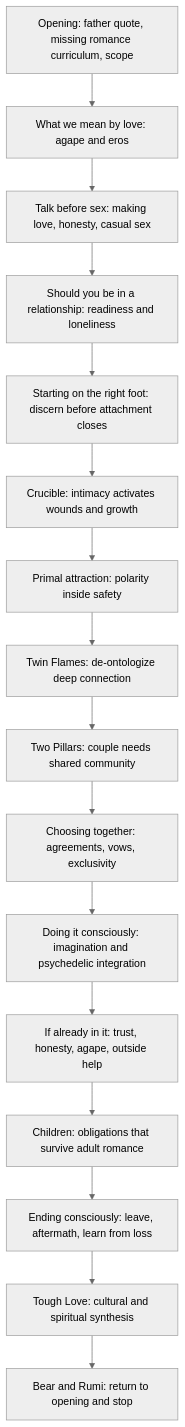
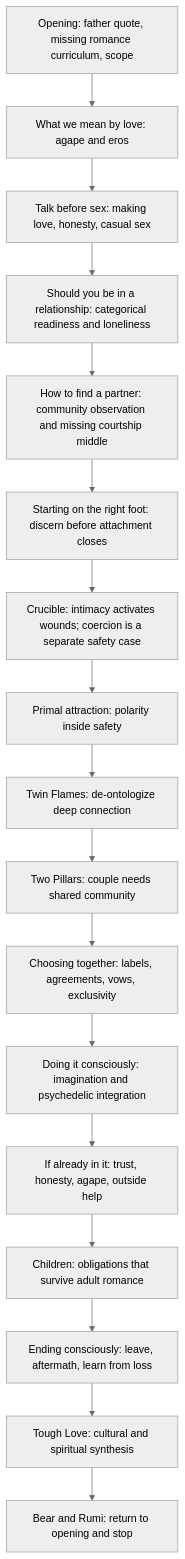
The first of 9 diagrams in work/romance-current-assembly/ARCHITECTURE.md (u-dont-existDOTcom/pangram-humanization-lab), drawn with Mermaid (neutral theme) before and after one commit. The commit also changed other lines of this file, not shown here.

Commit message:
architecture: synchronize Romance concept-flow map

````diff
--- a/work/romance-current-assembly/ARCHITECTURE.md
+++ b/work/romance-current-assembly/ARCHITECTURE.md
@@ -15,21 +16,22 @@
 ```mermaid
 flowchart TD
     opening["Opening: father quote, missing romance curriculum, scope"]
     love["What we mean by love: agape and eros"]
     talk["Talk before sex: making love, honesty, casual sex"]
-    should["Should you be in a relationship: readiness and loneliness"]
+    should["Should you be in a relationship: categorical readiness and loneliness"]
+    find["How to find a partner: community observation and missing courtship middle"]
     starting["Starting on the right foot: discern before attachment closes"]
-    crucible["Crucible: intimacy activates wounds and growth"]
+    crucible["Crucible: intimacy activates wounds; coercion is a separate safety case"]
     primal["Primal attraction: polarity inside safety"]
     twin["Twin Flames: de-ontologize deep connection"]
     pillars["Two Pillars: couple needs shared community"]
-    choosing["Choosing together: agreements, vows, exclusivity"]
+    choosing["Choosing together: labels, agreements, vows, exclusivity"]
     conscious["Doing it consciously: imagination and psychedelic integration"]
     already["If already in it: trust, honesty, agape, outside help"]
     children["Children: obligations that survive adult romance"]
     ending["Ending consciously: leave, aftermath, learn from loss"]
     tough["Tough Love: cultural and spiritual synthesis"]
     bear["Bear and Rumi: return to opening and stop"]
 
-    opening --> love --> talk --> should --> starting --> crucible --> primal --> twin --> pillars --> choosing --> conscious --> already --> children --> ending --> tough --> bear
+    opening --> love --> talk --> should --> find --> starting --> crucible --> primal --> twin --> pillars --> choosing --> conscious --> already --> children --> ending --> tough --> bear
 ```
````
